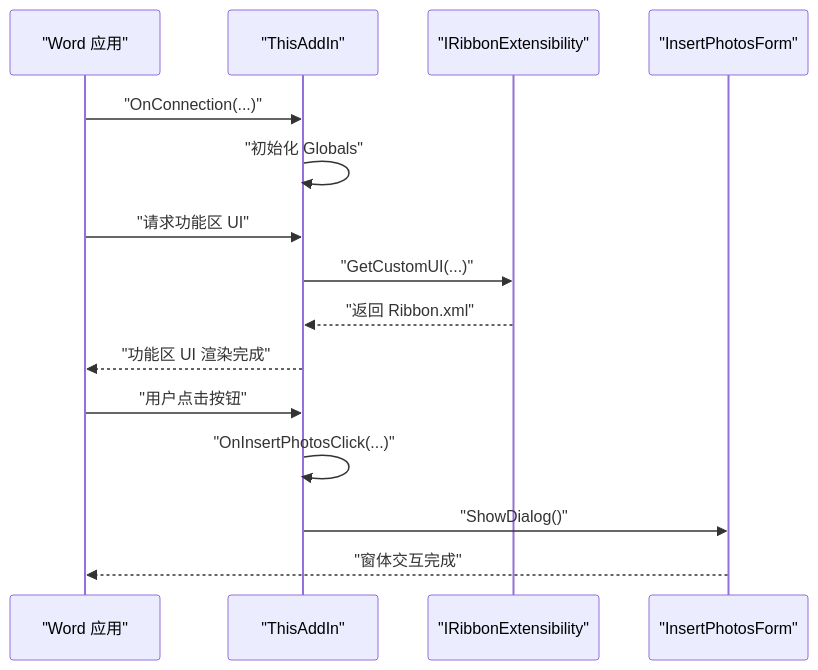
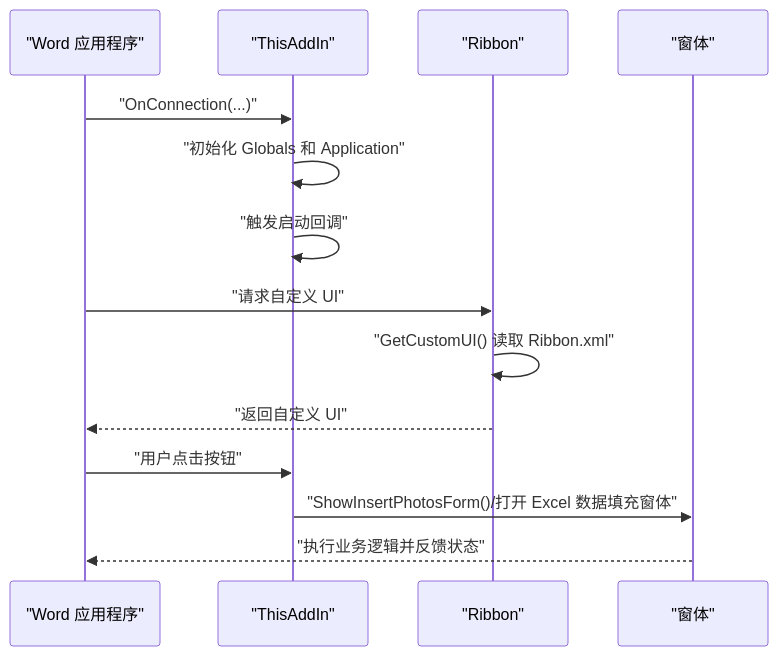
Before and after one commit to rainiva/WordTools: the third of 8 diagrams in .qoder/repowiki/zh/content/架构设计/架构设计.md, drawn with Mermaid. The commit also changed other lines of this file and 63 other files, not shown here.

First line of the commit message:
全面优化：代码质量修复、自动编号重构、插图性能优化

````diff
--- a/.qoder/repowiki/zh/content/架构设计/架构设计.md
+++ b/.qoder/repowiki/zh/content/架构设计/架构设计.md
@@ -255,17 +190,16 @@
 ```mermaid
 sequenceDiagram
-participant Word as "Word 应用"
+participant Word as "Word 应用程序"
 participant Addin as "ThisAddIn"
-participant Ribbon as "IRibbonExtensibility"
-participant Form as "InsertPhotosForm"
+participant Ribbon as "Ribbon"
+participant Form as "窗体"
 Word->>Addin : "OnConnection(...)"
-Addin->>Addin : "初始化 Globals"
-Word->>Addin : "请求功能区 UI"
-Addin->>Ribbon : "GetCustomUI(...)"
-Ribbon-->>Addin : "返回 Ribbon.xml"
-Addin-->>Word : "功能区 UI 渲染完成"
+Addin->>Addin : "初始化 Globals 和 Application"
+Addin->>Addin : "触发启动回调"
+Word->>Ribbon : "请求自定义 UI"
+Ribbon->>Ribbon : "GetCustomUI() 读取 Ribbon.xml"
+Ribbon-->>Word : "返回自定义 UI"
 Word->>Addin : "用户点击按钮"
-Addin->>Addin : "OnInsertPhotosClick(...)"
-Addin->>Form : "ShowDialog()"
-Form-->>Word : "窗体交互完成"
+Addin->>Form : "ShowInsertPhotosForm()/打开 Excel 数据填充窗体"
+Form-->>Word : "执行业务逻辑并反馈状态"
 ```
````
